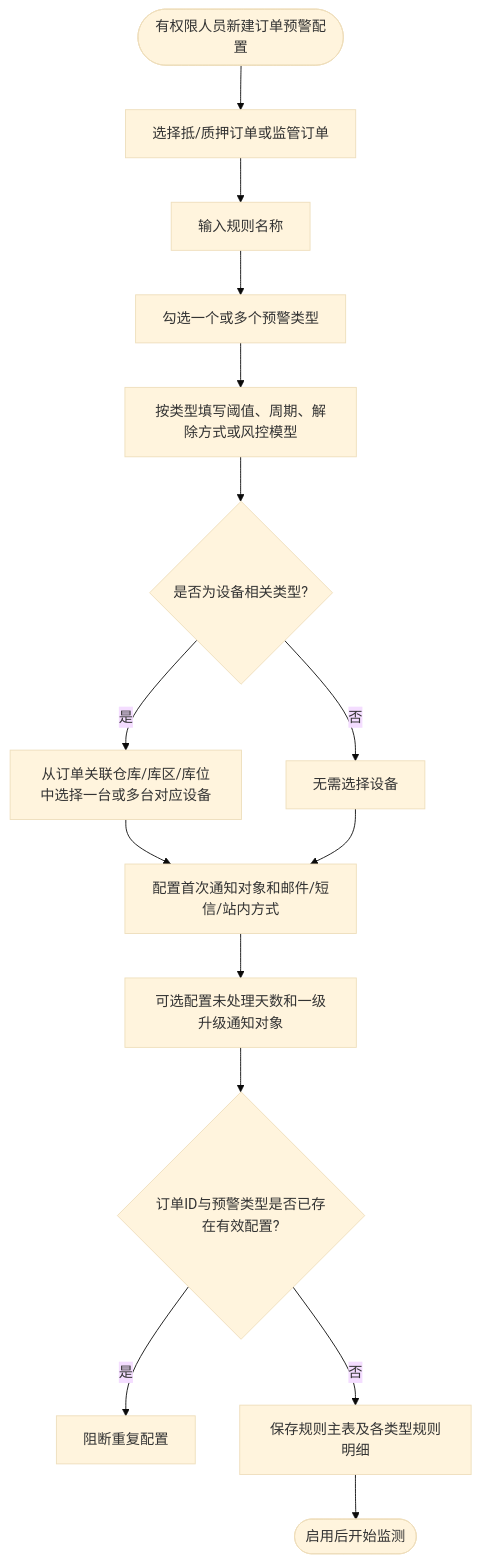
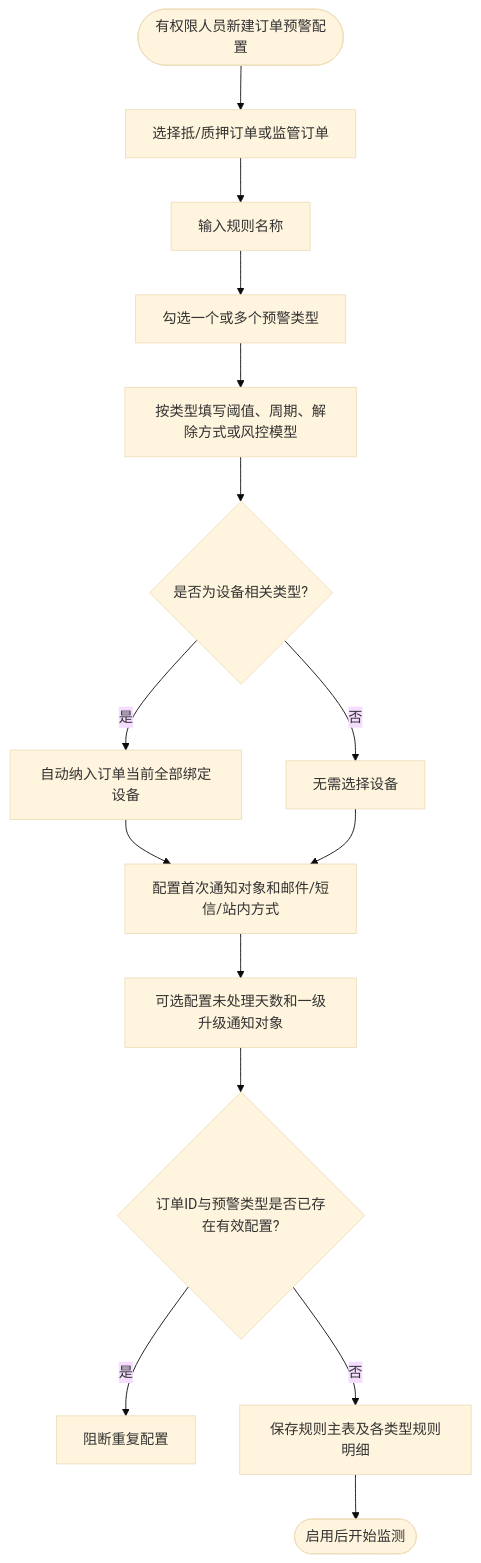
Diagram 18 of 22 in 01-项目背景/06-核心业务场景和流程.md (RobertHuang999/SYZC), drawn with Mermaid (base theme) before and after one commit. The commit also changed other lines of this file and 1232 other files, not shown here.

````diff
--- a/01-项目背景/06-核心业务场景和流程.md
+++ b/01-项目背景/06-核心业务场景和流程.md
@@ -829,17 +829,17 @@
 ```mermaid
 flowchart TD
     A([有权限人员新建订单预警配置]) --> B[选择抵/质押订单或监管订单]
     B --> C[输入规则名称]
     C --> D[勾选一个或多个预警类型]
     D --> E[按类型填写阈值、周期、解除方式或风控模型]
     E --> F{是否为设备相关类型?}
-    F -- 是 --> G[从订单关联仓库/库区/库位中选择一台或多台对应设备]
+    F -- 是 --> G[自动纳入订单当前全部绑定设备]
     F -- 否 --> H[无需选择设备]
     G --> I[配置首次通知对象和邮件/短信/站内方式]
     H --> I
     I --> J[可选配置未处理天数和一级升级通知对象]
     J --> K{订单ID与预警类型是否已存在有效配置?}
     K -- 是 --> L[阻断重复配置]
     K -- 否 --> M[保存规则主表及各类型规则明细]
     M --> N([启用后开始监测])
 ```
````
